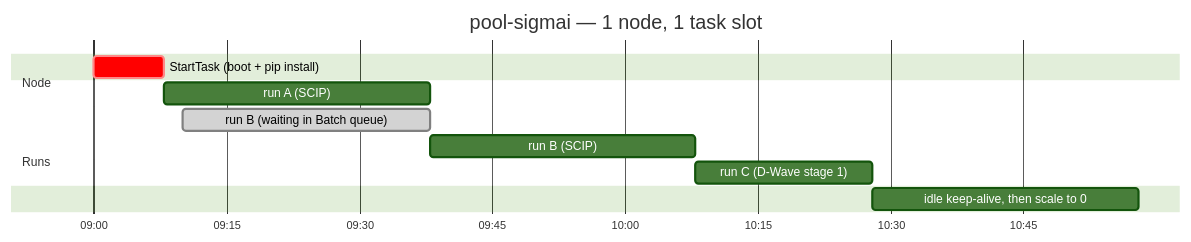
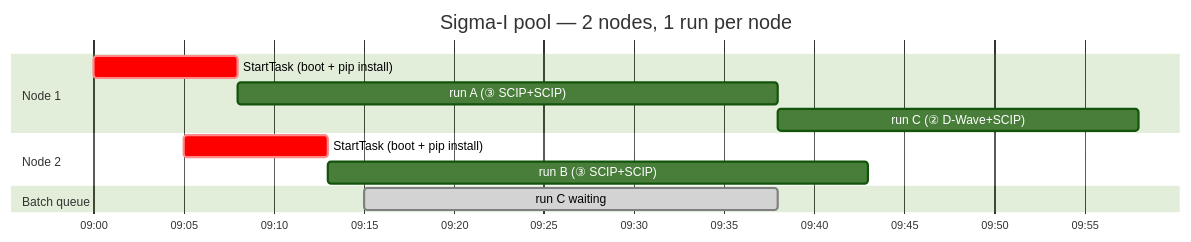
One commit to WhiTeXCharGe/TF_Testing changed the seventh of 12 diagrams in SigmaI/SigmaI_Azure_ImplementationPlan20261013.md. Above: the diagram before and after it, drawn with Mermaid (forest theme). The commit also changed other lines of this file and 2 other files, not shown here.

Commit message:
update implementation plan for sigmaAI

````diff
--- a/SigmaI/SigmaI_Azure_ImplementationPlan20261013.md
+++ b/SigmaI/SigmaI_Azure_ImplementationPlan20261013.md
@@ -146,15 +287,15 @@
 ```mermaid
 gantt
-    title pool-sigmai — 1 node, 1 task slot
+    title Sigma-I pool — 2 nodes, 1 run per node
     dateFormat HH:mm
     axisFormat %H:%M
-    section Node
-    StartTask (boot + pip install)  :crit, s0, 09:00, 8m
-    section Runs
-    run A (SCIP)                    :a, after s0, 30m
-    run B (waiting in Batch queue)  :done, bq, 09:10, 28m
-    run B (SCIP)                    :b, after a, 30m
-    run C (D-Wave stage 1)          :c, after b, 20m
-    section Node
-    idle keep-alive, then scale to 0 :idle, after c, 30m
+    section Node 1
+    StartTask (boot + pip install) :crit, n1s, 09:00, 8m
+    run A (③ SCIP+SCIP)            :a, after n1s, 30m
+    run C (② D-Wave+SCIP)          :c, after a, 20m
+    section Node 2
+    StartTask (boot + pip install) :crit, n2s, 09:05, 8m
+    run B (③ SCIP+SCIP)            :b, after n2s, 30m
+    section Batch queue
+    run C waiting                  :done, cw, 09:15, 23m
 ```
````
